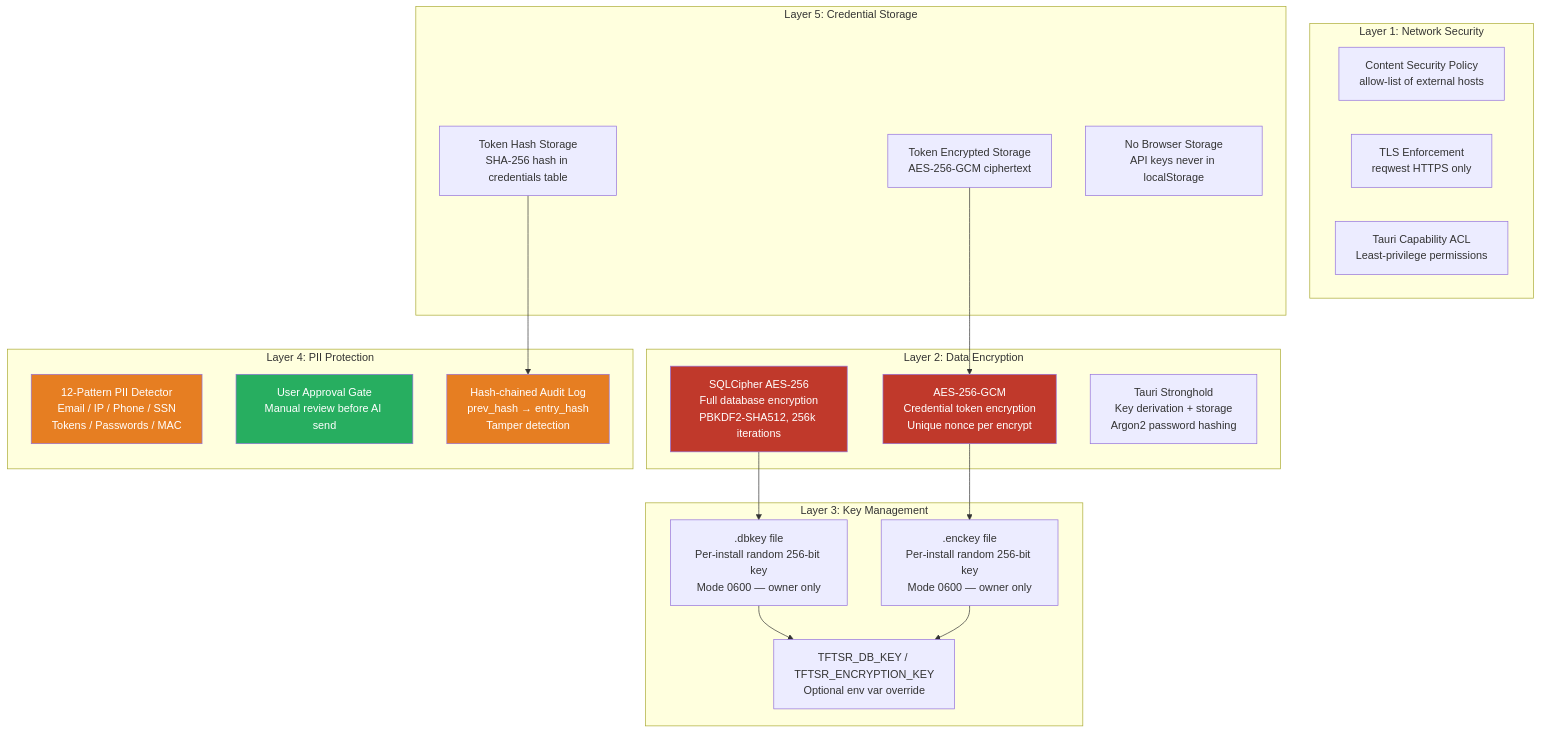
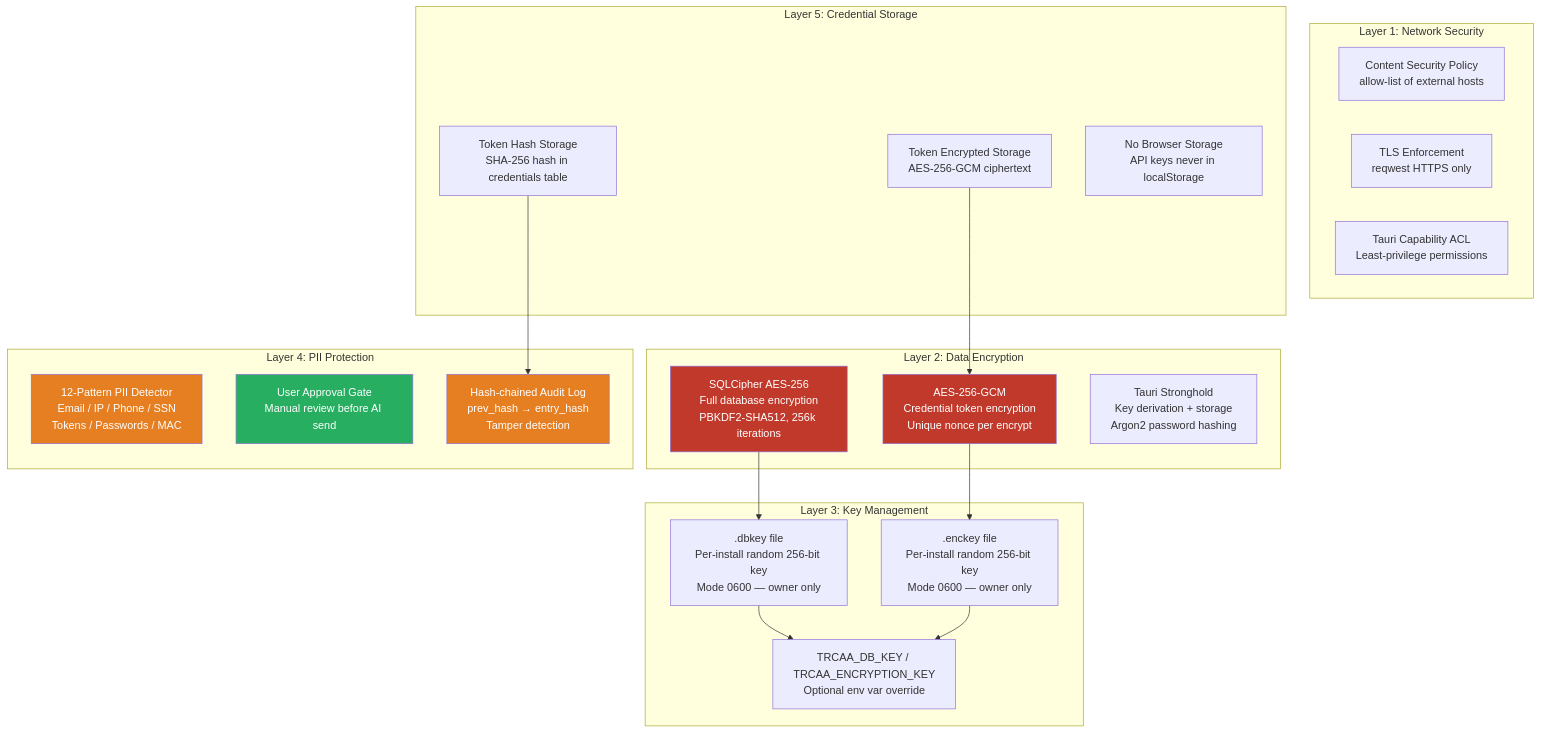
The tenth of 19 diagrams in docs/architecture/README.md (armconsol/tftsr-devops_investigation), drawn with Mermaid before and after one commit. The commit also changed other lines of this file and 113 other files, not shown here.

````diff
--- a/docs/architecture/README.md
+++ b/docs/architecture/README.md
@@ -443,45 +855,45 @@
 ```mermaid
 graph TB
     subgraph "Layer 1: Network Security"
         CSP[Content Security Policy\nallow-list of external hosts]
         TLS[TLS Enforcement\nreqwest HTTPS only]
         CAP[Tauri Capability ACL\nLeast-privilege permissions]
     end
 
     subgraph "Layer 2: Data Encryption"
         SQLCIPHER[SQLCipher AES-256\nFull database encryption\nPBKDF2-SHA512, 256k iterations]
         AES_GCM[AES-256-GCM\nCredential token encryption\nUnique nonce per encrypt]
         STRONGHOLD[Tauri Stronghold\nKey derivation + storage\nArgon2 password hashing]
     end
 
     subgraph "Layer 3: Key Management"
         DB_KEY[.dbkey file\nPer-install random 256-bit key\nMode 0600 — owner only]
         ENC_KEY[.enckey file\nPer-install random 256-bit key\nMode 0600 — owner only]
-        ENV_OVERRIDE[TFTSR_DB_KEY / TFTSR_ENCRYPTION_KEY\nOptional env var override]
+        ENV_OVERRIDE[TRCAA_DB_KEY / TRCAA_ENCRYPTION_KEY\nOptional env var override]
     end
 
     subgraph "Layer 4: PII Protection"
         PII_DETECT[12-Pattern PII Detector\nEmail / IP / Phone / SSN\nTokens / Passwords / MAC]
         USER_APPROVE[User Approval Gate\nManual review before AI send]
         AUDIT[Hash-chained Audit Log\nprev_hash → entry_hash\nTamper detection]
     end
 
     subgraph "Layer 5: Credential Storage"
         TOKEN_HASH[Token Hash Storage\nSHA-256 hash in credentials table]
         TOKEN_ENC[Token Encrypted Storage\nAES-256-GCM ciphertext]
         NO_BROWSER[No Browser Storage\nAPI keys never in localStorage]
     end
 
     SQLCIPHER --> DB_KEY
     AES_GCM --> ENC_KEY
     DB_KEY --> ENV_OVERRIDE
     ENC_KEY --> ENV_OVERRIDE
     TOKEN_ENC --> AES_GCM
     TOKEN_HASH --> AUDIT
 
     style SQLCIPHER fill:#c0392b,color:#fff
     style AES_GCM fill:#c0392b,color:#fff
     style AUDIT fill:#e67e22,color:#fff
     style PII_DETECT fill:#e67e22,color:#fff
     style USER_APPROVE fill:#27ae60,color:#fff
 ```
````
